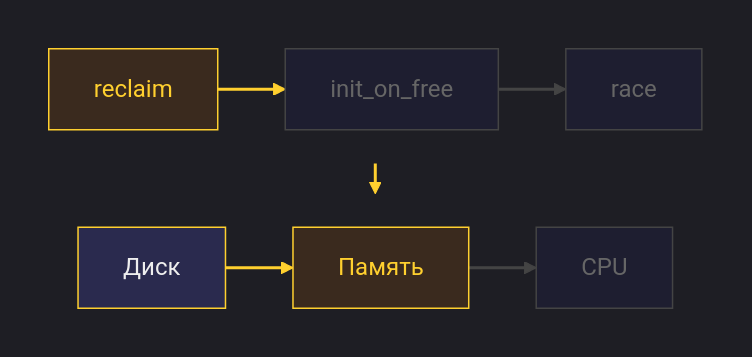
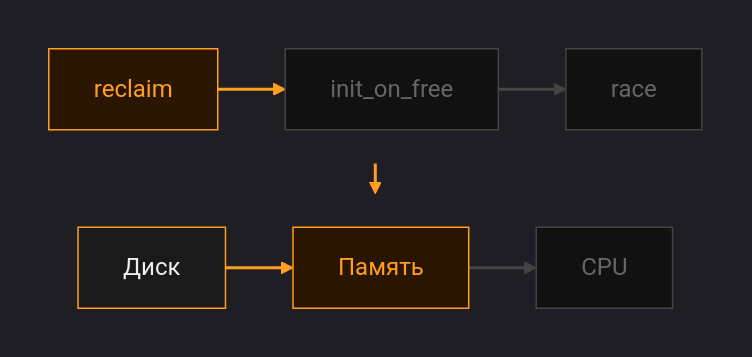
Before and after one commit to polarnik/postgresql-system-issue-story: the diagram in docs/diagrams/mmap-2.mmd, drawn with Mermaid. The commit also changed 39 other files, not shown here.

```diff
--- a/docs/diagrams/mmap-2.mmd
+++ b/docs/diagrams/mmap-2.mmd
@@ -1,28 +1,28 @@
-%%{init: {'theme': 'dark', 'themeVariables': { 'primaryColor': '#1a1a2e', 'primaryTextColor': '#eee', 'lineColor': '#FFD02F'}, 'flowchart': { 'nodeSpacing': 25, 'rankSpacing': 20 }}}%%
+%%{init: {'theme': 'dark', 'themeVariables': { 'primaryColor': '#000000', 'primaryTextColor': '#eee', 'lineColor': '#ff9e1f'}, 'flowchart': { 'nodeSpacing': 25, 'rankSpacing': 20 }}}%%
 
 flowchart TB
-    classDef done fill:#2a2a4e,stroke:#FFD02F,color:#eee
-    classDef active fill:#3a2a1e,stroke:#FFD02F,color:#FFD02F
-    classDef pending fill:#1e1e30,stroke:#444,color:#666
-    classDef error fill:#4e2a2a,stroke:#ff4444,color:#eee
+    classDef done fill:#1a1a1a,stroke:#ff9e1f,color:#eee
+    classDef active fill:#2a1500,stroke:#ff9e1f,color:#ff9e1f
+    classDef pending fill:#111111,stroke:#444,color:#666
+    classDef error fill:#3a1010,stroke:#ff4444,color:#eee
 
     subgraph S1 [" "]
         direction LR
         D["Диск"]:::done --> M["Память"]:::active --> CPU["CPU"]:::pending
     end
 
     subgraph S2 [" "]
         direction LR
         R["reclaim"]:::active --> I["init_on_free"]:::pending --> BUG["race"]:::pending
     end
 
     S2 --> M
 
-    linkStyle 0 stroke:#FFD02F,stroke-width:2px
+    linkStyle 0 stroke:#ff9e1f,stroke-width:2px
     linkStyle 1 stroke:#444,stroke-width:2px
-    linkStyle 2 stroke:#FFD02F,stroke-width:2px
+    linkStyle 2 stroke:#ff9e1f,stroke-width:2px
     linkStyle 3 stroke:#444,stroke-width:2px
-    linkStyle 4 stroke:#FFD02F,stroke-width:2px
+    linkStyle 4 stroke:#ff9e1f,stroke-width:2px
 
     style S1 fill:transparent,stroke:transparent
     style S2 fill:transparent,stroke:transparent
```
